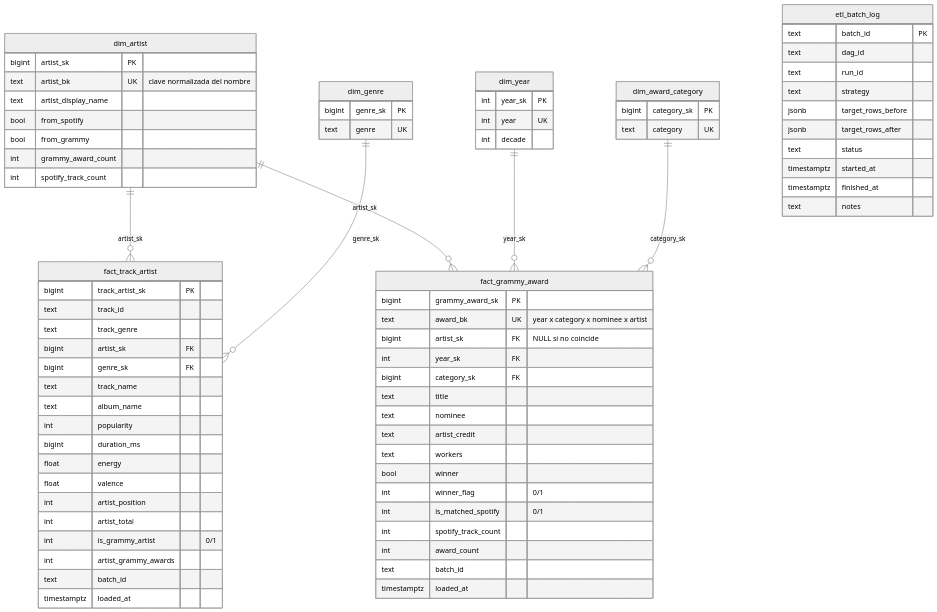
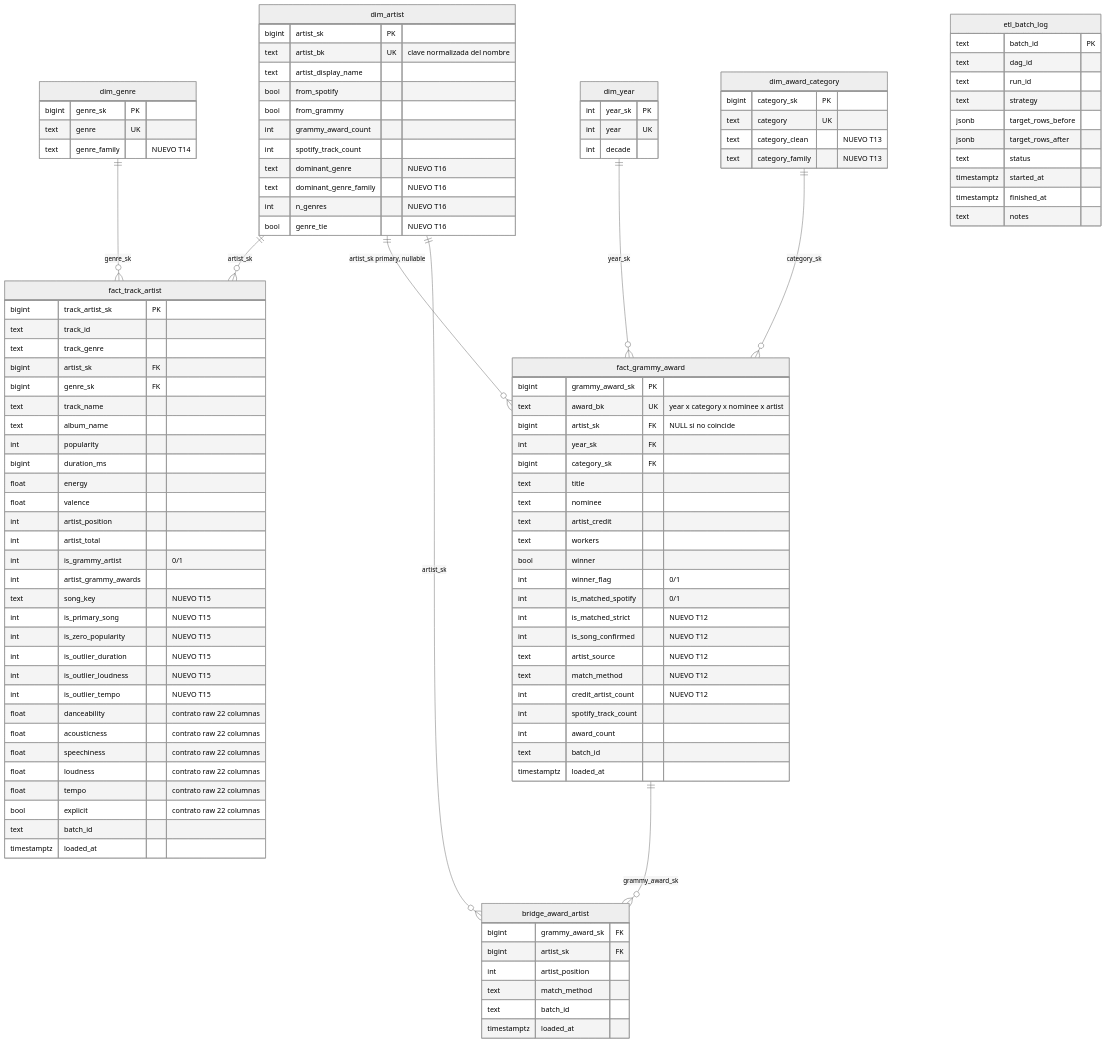
One commit to driosoft-pro/Workshop-2 changed the diagram in README_ES.md. Above: the diagram before and after it, drawn with Mermaid (neutral theme). The commit also changed other lines of this file and 33 other files, not shown here.

Commit message:
P2: warehouse schema (bridge, family/flag columns), load order, ER diagrams

```diff
--- a/README_ES.md
+++ b/README_ES.md
@@ -210,7 +210,9 @@
 erDiagram
     dim_artist ||--o{ fact_track_artist : "artist_sk"
     dim_genre ||--o{ fact_track_artist : "genre_sk"
-    dim_artist ||--o{ fact_grammy_award : "artist_sk"
+    dim_artist ||--o{ fact_grammy_award : "artist_sk primary, nullable"
+    fact_grammy_award ||--o{ bridge_award_artist : grammy_award_sk
+    dim_artist ||--o{ bridge_award_artist : artist_sk
     dim_year ||--o{ fact_grammy_award : "year_sk"
     dim_award_category ||--o{ fact_grammy_award : "category_sk"
 
@@ -222,10 +224,15 @@
         bool from_grammy
         int grammy_award_count
         int spotify_track_count
+        text dominant_genre "NUEVO T16"
+        text dominant_genre_family "NUEVO T16"
+        int n_genres "NUEVO T16"
+        bool genre_tie "NUEVO T16"
     }
     dim_genre {
         bigint genre_sk PK
         text genre UK
+        text genre_family "NUEVO T14"
     }
     dim_year {
         int year_sk PK
@@ -235,6 +242,8 @@
     dim_award_category {
         bigint category_sk PK
         text category UK
+        text category_clean "NUEVO T13"
+        text category_family "NUEVO T13"
     }
     fact_track_artist {
         bigint track_artist_sk PK
@@ -252,6 +261,18 @@
         int artist_total
         int is_grammy_artist "0/1"
         int artist_grammy_awards
+        text song_key "NUEVO T15"
+        int is_primary_song "NUEVO T15"
+        int is_zero_popularity "NUEVO T15"
+        int is_outlier_duration "NUEVO T15"
+        int is_outlier_loudness "NUEVO T15"
+        int is_outlier_tempo "NUEVO T15"
+        float danceability "contrato raw 22 columnas"
+        float acousticness "contrato raw 22 columnas"
+        float speechiness "contrato raw 22 columnas"
+        float loudness "contrato raw 22 columnas"
+        float tempo "contrato raw 22 columnas"
+        bool explicit "contrato raw 22 columnas"
         text batch_id
         timestamptz loaded_at
     }
@@ -268,8 +289,21 @@
         bool winner
         int winner_flag "0/1"
         int is_matched_spotify "0/1"
+        int is_matched_strict "NUEVO T12"
+        int is_song_confirmed "NUEVO T12"
+        text artist_source "NUEVO T12"
+        text match_method "NUEVO T12"
+        int credit_artist_count "NUEVO T12"
         int spotify_track_count
         int award_count
+        text batch_id
+        timestamptz loaded_at
+    }
+    bridge_award_artist {
+        bigint grammy_award_sk FK
+        bigint artist_sk FK
+        int artist_position
+        text match_method
         text batch_id
         timestamptz loaded_at
     }
```
